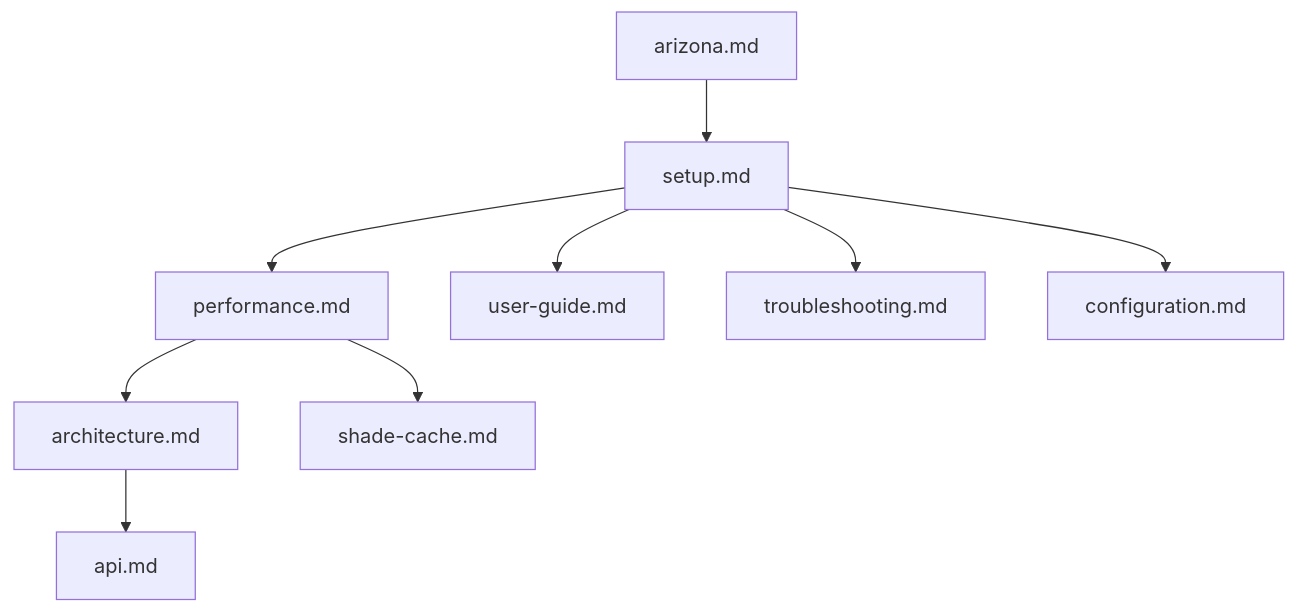
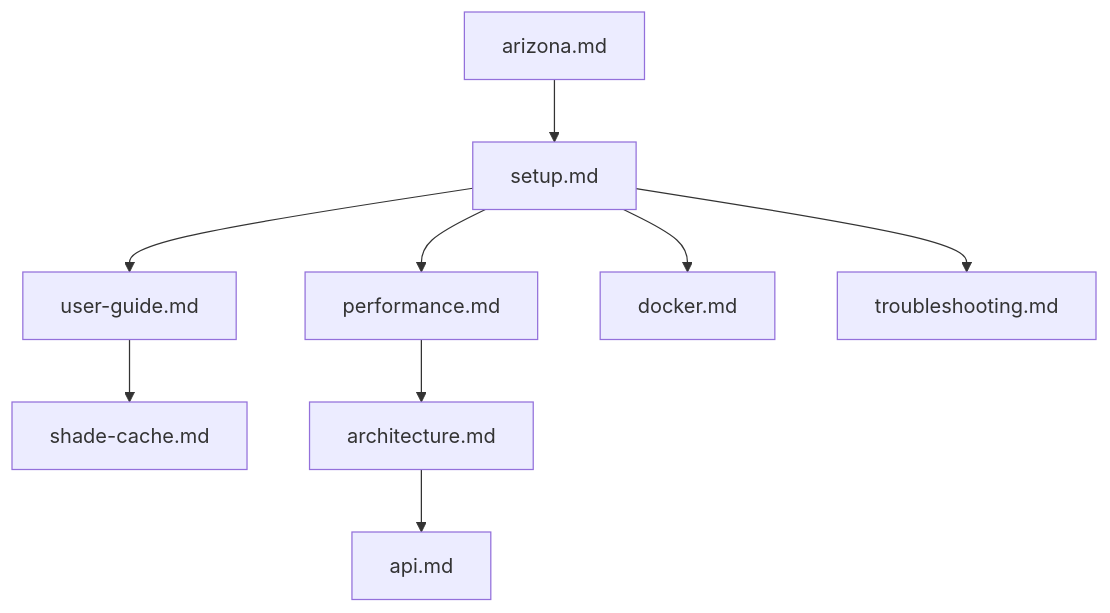
One commit to HastiPatel05/UmbraStride changed the diagram in docs/README.md. Above: the diagram before and after it, drawn with Mermaid. The commit also changed other lines of this file and 8 other files, not shown here.

Commit message:
Document night routing, Docker, and shade worker in README and docs.

````diff
--- a/docs/README.md
+++ b/docs/README.md
@@ -93,11 +108,11 @@
 ```mermaid
 flowchart TD
   Setup[setup.md] --> Perf[performance.md]
   Setup --> User[user-guide.md]
+  User --> Shade[shade-cache.md]
   Perf --> Arch[architecture.md]
-  Perf --> Shade[shade-cache.md]
   Arch --> API[api.md]
+  Setup --> Docker[docker.md]
   Setup --> Trouble[troubleshooting.md]
-  Setup --> Config[configuration.md]
   Arizona[arizona.md] --> Setup
 ```
````
